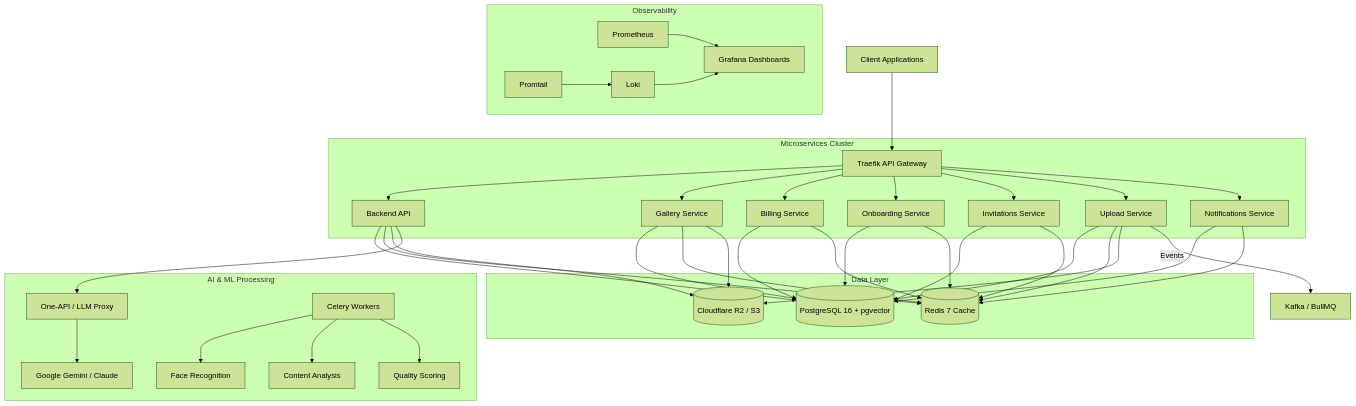
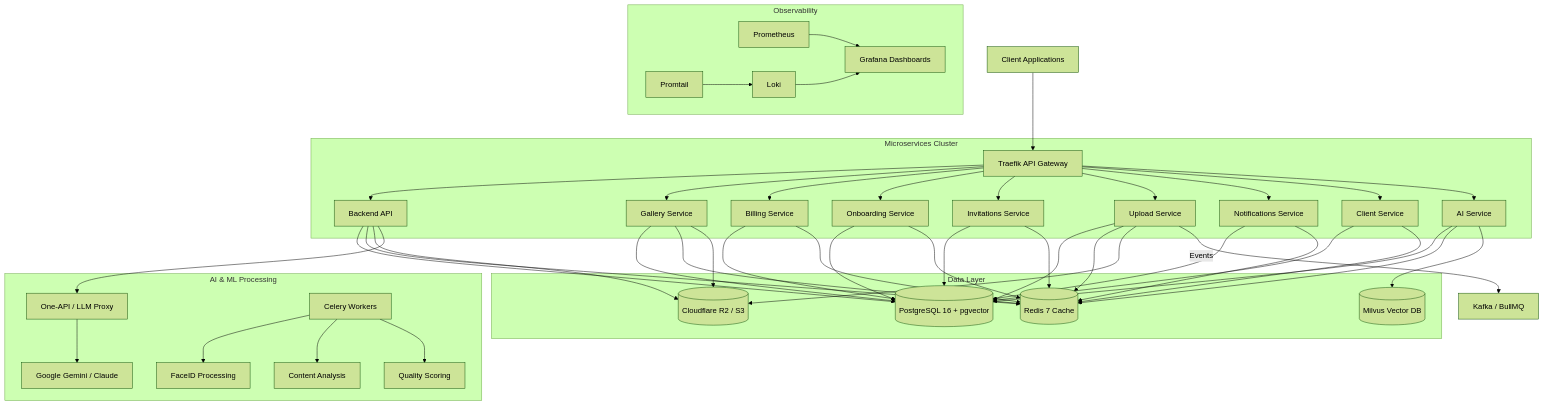
One commit to veerababumanyam/RawDrive changed the diagram in README.md. Above: the diagram before and after it, drawn with Mermaid (forest theme). The commit also changed other lines of this file and 2 other files, not shown here.

Commit message:
docs: update architecture and readme for v0.3.1

````diff
--- a/README.md
+++ b/README.md
@@ -108,36 +108,39 @@
 ```mermaid
 graph TB
     A[Client Applications] --> B[Traefik API Gateway]
     
     subgraph "Microservices Cluster"
         B --> C[Backend API]
         B --> D[Gallery Service]
         B --> E[Billing Service]
         B --> F[Onboarding Service]
         B --> G[Invitations Service]
         B --> H[Upload Service]
         B --> I[Notifications Service]
+        B --> J[Client Service]
+        B --> K[AI Service]
     end
 
     subgraph "Data Layer"
-        C & D & E & F & G & H & I --> J[(PostgreSQL 16 + pgvector)]
-        C & D & E & F & G & H & I --> K[(Redis 7 Cache)]
-        C & D & H --> L[(Cloudflare R2 / S3)]
+        C & D & E & F & G & H & I & J & K --> L[(PostgreSQL 16 + pgvector)]
+        C & D & E & F & G & H & I & J & K --> M[(Redis 7 Cache)]
+        C & D & H --> N[(Cloudflare R2 / S3)]
+        K --> O[(Milvus Vector DB)]
     end
 
     subgraph "AI & ML Processing"
-        C --> M[One-API / LLM Proxy]
-        M --> N[Google Gemini / Claude]
-        O[Celery Workers] --> P[Face Recognition]
-        O --> Q[Content Analysis]
-        O --> R[Quality Scoring]
+        C --> P[One-API / LLM Proxy]
+        P --> Q[Google Gemini / Claude]
+        R[Celery Workers] --> S[FaceID Processing]
+        R --> T[Content Analysis]
+        R --> U[Quality Scoring]
     end
 
     subgraph "Observability"
-        S[Prometheus] --> T[Grafana Dashboards]
-        U[Loki] --> T
-        V[Promtail] --> U
+        V[Prometheus] --> W[Grafana Dashboards]
+        X[Loki] --> W
+        Y[Promtail] --> X
     end
 
-    H -- Events --> W[Kafka / BullMQ]
+    H -- Events --> Z[Kafka / BullMQ]
 ```
````
